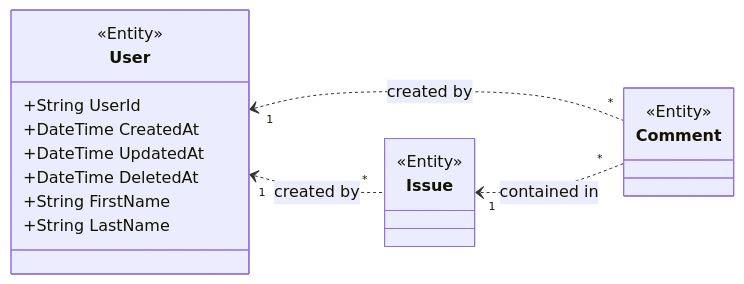
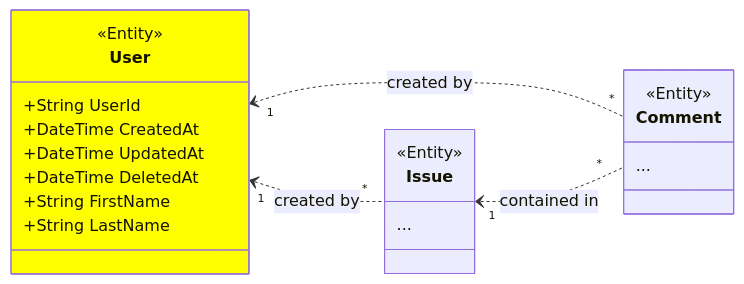
The diagram in Models/Data/User.mmd (ghackenberg/csharp-maui-aspnet-sample), drawn with Mermaid before and after one commit. The commit also changed 60 other files, not shown here.

```diff
--- a/Models/Data/User.mmd
+++ b/Models/Data/User.mmd
@@ -1,22 +1,26 @@
 classDiagram
     direction LR
 
     class User {
         <<Entity>>
         +String UserId
         +DateTime CreatedAt
         +DateTime UpdatedAt
         +DateTime DeletedAt
         +String FirstName
         +String LastName
     }
     class Issue {
         <<Entity>>
+        ...
     }
     class Comment {
         <<Entity>>
+        ...
     }
 
     User "1" <.. "*" Issue : created by
     User "1" <.. "*" Comment : created by
     Issue "1" <.. "*" Comment : contained in
+
+    style User fill:yellow
```
